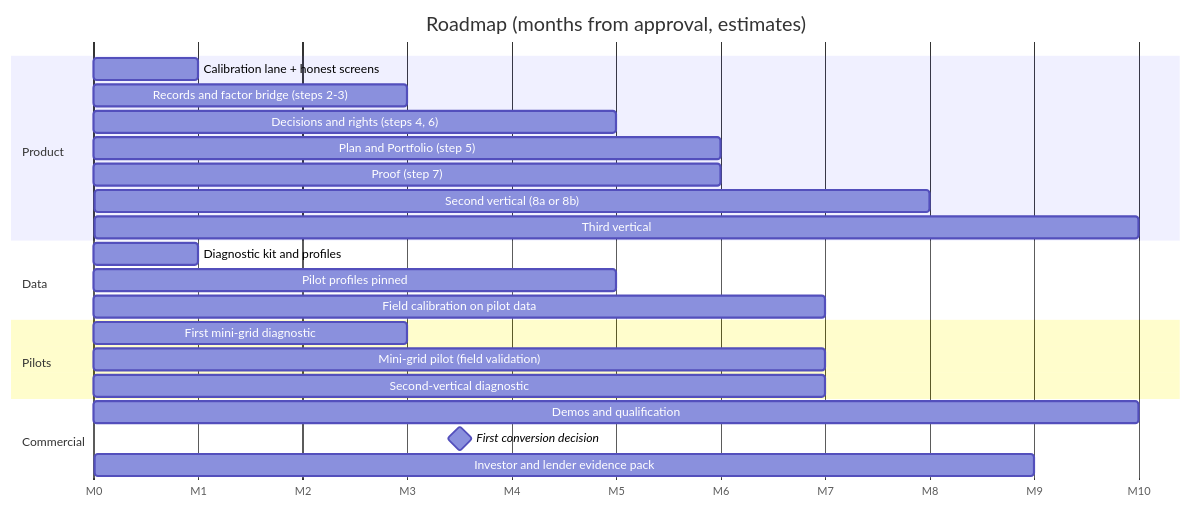
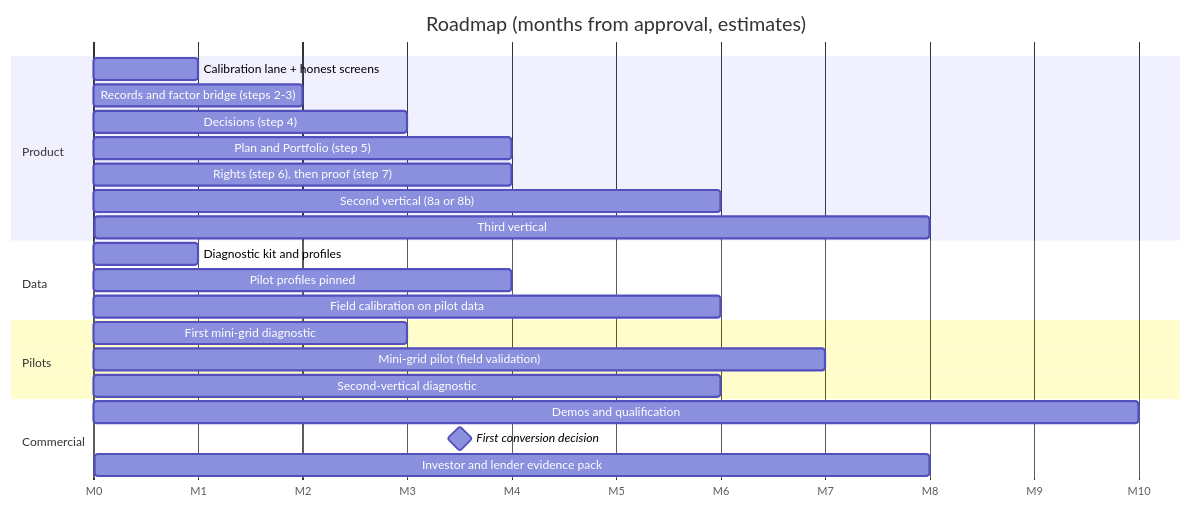
Before and after one commit to bineyame/AssetOpsV1: the seventh of 9 diagrams in Docs/demo-sprint/product-direction-layer4/product-transition-and-roadmap.md, drawn with Mermaid. The commit also changed other lines of this file and 4 other files, not shown here.

First line of the commit message:
Product transition and roadmap rev 2: review M1-M3, L1-L7 as classes; effort basis; workflow change (new §5)

````diff
--- a/Docs/demo-sprint/product-direction-layer4/product-transition-and-roadmap.md
+++ b/Docs/demo-sprint/product-direction-layer4/product-transition-and-roadmap.md
@@ -406,26 +419,26 @@
 ```mermaid
 gantt
   title Roadmap (months from approval, estimates)
   dateFormat X
   axisFormat M%s
   section Product
   Calibration lane + honest screens        :p0, 0, 1
-  Records and factor bridge (steps 2-3)    :p1, 0, 3
-  Decisions and rights (steps 4, 6)        :p2, 2, 5
-  Plan and Portfolio (step 5)              :p3, 4, 6
-  Proof (step 7)                           :p4, 4, 6
-  Second vertical (8a or 8b)               :p5, 6, 8
-  Third vertical                           :p6, 8, 10
+  Records and factor bridge (steps 2-3)    :p1, 0, 2
+  Decisions (step 4)                       :p2, 1, 3
+  Plan and Portfolio (step 5)              :p3, 2, 4
+  Rights (step 6), then proof (step 7)     :p4, 2, 4
+  Second vertical (8a or 8b)               :p5, 4, 6
+  Third vertical                           :p6, 6, 8
   section Data
   Diagnostic kit and profiles              :d0, 0, 1
-  Pilot profiles pinned                    :d1, 2, 5
-  Field calibration on pilot data          :d2, 5, 7
+  Pilot profiles pinned                    :d1, 2, 4
+  Field calibration on pilot data          :d2, 4, 6
   section Pilots
   First mini-grid diagnostic               :q0, 1, 3
   Mini-grid pilot (field validation)       :q1, 3, 7
-  Second-vertical diagnostic               :q2, 5, 7
+  Second-vertical diagnostic               :q2, 4, 6
   section Commercial
   Demos and qualification                  :c0, 0, 10
   First conversion decision                :milestone, c1, 7, 7
-  Investor and lender evidence pack        :c2, 7, 9
+  Investor and lender evidence pack        :c2, 6, 8
 ```
````
